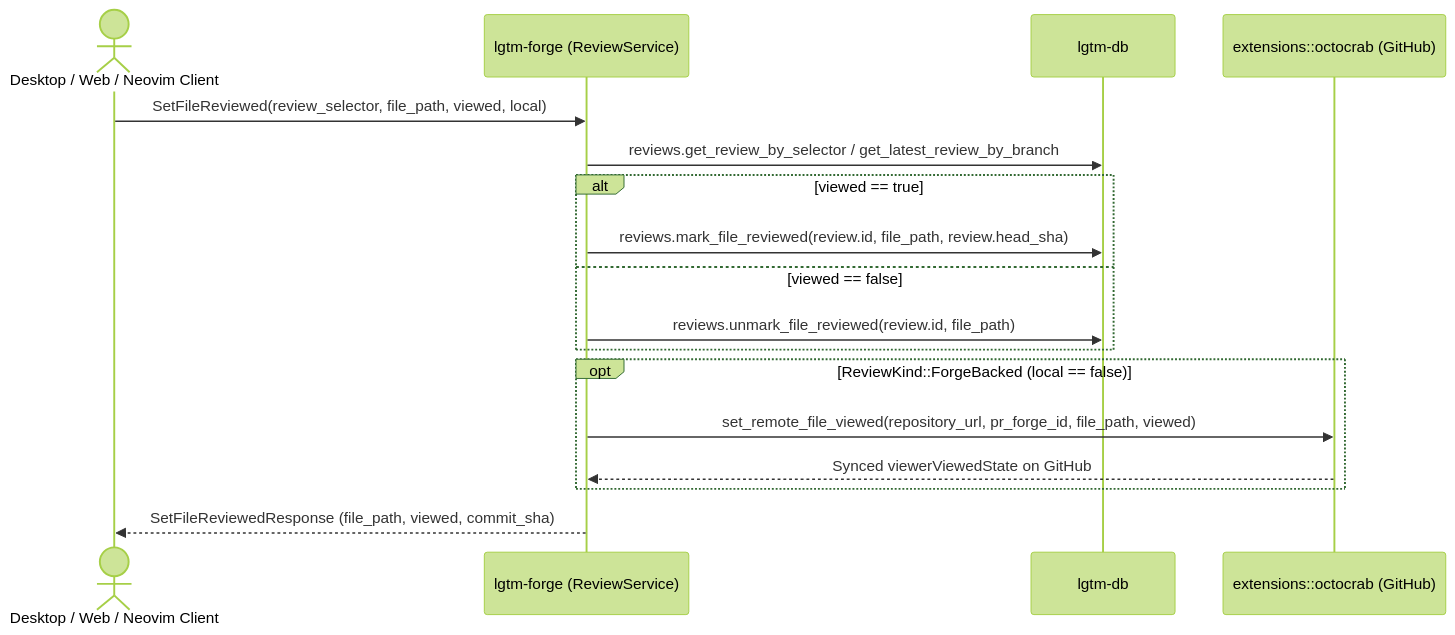
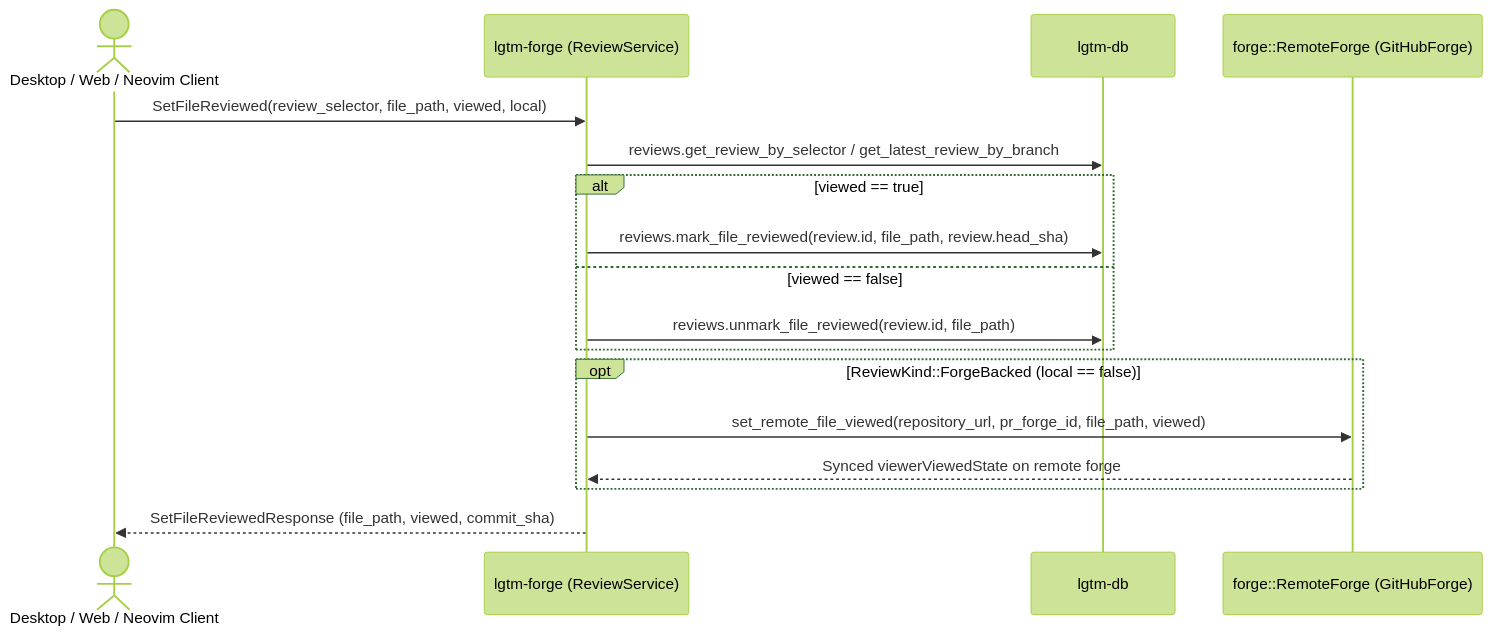
One commit to difflab-io/lgtm changed the seventh of 11 diagrams in docs/architecture/forge/index.md. Above: the diagram before and after it, drawn with Mermaid (forest theme). The commit also changed other lines of this file and 20 other files, not shown here.

Commit message:
chore: rename backend doc and e2e dirs to forge and add git util TODOs

````diff
--- a/docs/architecture/forge/index.md
+++ b/docs/architecture/forge/index.md
@@ -400,20 +419,20 @@
 ```mermaid
 sequenceDiagram
     actor Caller as Desktop / Web / Neovim Client
-    participant Forge as lgtm-forge (ReviewService)
+    participant Service as lgtm-forge (ReviewService)
     participant DB as lgtm-db
-    participant Octo as extensions::octocrab (GitHub)
+    participant Remote as forge::RemoteForge (GitHubForge)
 
-    Caller->>Forge: SetFileReviewed(review_selector, file_path, viewed, local)
-    Forge->>DB: reviews.get_review_by_selector / get_latest_review_by_branch
+    Caller->>Service: SetFileReviewed(review_selector, file_path, viewed, local)
+    Service->>DB: reviews.get_review_by_selector / get_latest_review_by_branch
     alt viewed == true
-        Forge->>DB: reviews.mark_file_reviewed(review.id, file_path, review.head_sha)
+        Service->>DB: reviews.mark_file_reviewed(review.id, file_path, review.head_sha)
     else viewed == false
-        Forge->>DB: reviews.unmark_file_reviewed(review.id, file_path)
+        Service->>DB: reviews.unmark_file_reviewed(review.id, file_path)
     end
     opt ReviewKind::ForgeBacked (local == false)
-        Forge->>Octo: set_remote_file_viewed(repository_url, pr_forge_id, file_path, viewed)
-        Octo-->>Forge: Synced viewerViewedState on GitHub
+        Service->>Remote: set_remote_file_viewed(repository_url, pr_forge_id, file_path, viewed)
+        Remote-->>Service: Synced viewerViewedState on remote forge
     end
-    Forge-->>Caller: SetFileReviewedResponse (file_path, viewed, commit_sha)
+    Service-->>Caller: SetFileReviewedResponse (file_path, viewed, commit_sha)
 ```
````
